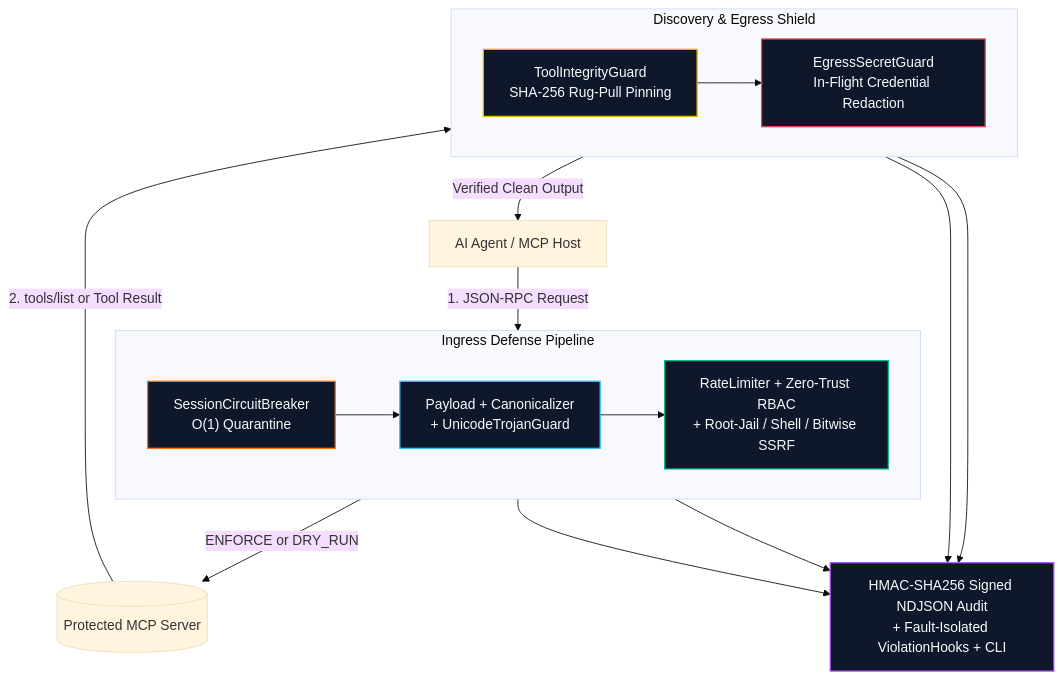
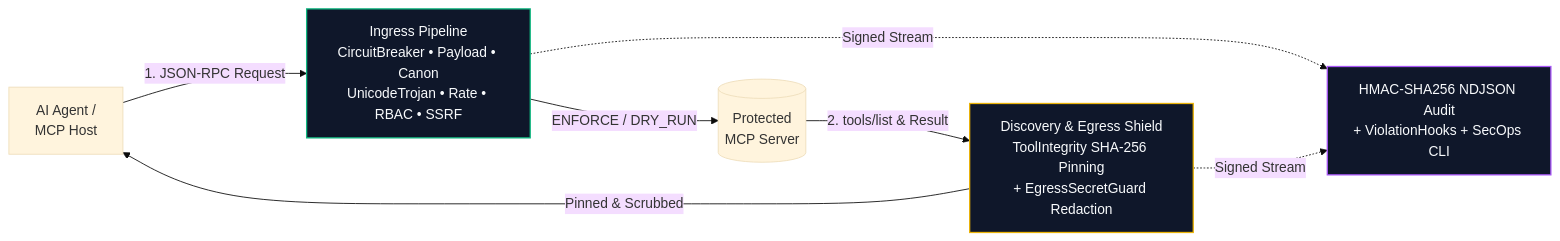
One commit to yoshikinga/mcp-warden changed the diagram in README.md. Above: the diagram before and after it, drawn with Mermaid (base theme). The commit also changed other lines of this file, not shown here.

Commit message:
docs(readme): compact Mermaid architecture diagram and fix clone syntax
Switch the v1.1.0 full-duplex architecture diagram to a compact horizontal flowchart layout for single-screen legibility and clean up the git clone quickstart command.

````diff
--- a/README.md
+++ b/README.md
@@ -61,28 +61,13 @@
 ```mermaid
-flowchart TB
-    Agent["AI Agent / MCP Host"] -->|"1. JSON-RPC Request"| CB
+flowchart LR
+    Agent["AI Agent /<br/>MCP Host"] -->|"1. JSON-RPC Request"| Ingress["Ingress Pipeline<br/>CircuitBreaker • Payload • Canon<br/>UnicodeTrojan • Rate • RBAC • SSRF"]
+    Ingress -->|"ENFORCE / DRY_RUN"| Server[("Protected<br/>MCP Server")]
+    Server -->|"2. tools/list & Result"| Egress["Discovery & Egress Shield<br/>ToolIntegrity SHA-256 Pinning<br/>+ EgressSecretGuard Redaction"]
+    Egress -->|"Pinned & Scrubbed"| Agent
+    Ingress & Egress -.->|"Signed Stream"| Audit["HMAC-SHA256 NDJSON Audit<br/>+ ViolationHooks + SecOps CLI"]
 
-    subgraph Ingress["Ingress Defense Pipeline"]
-        direction LR
-        CB["SessionCircuitBreaker<br/>O(1) Quarantine"] --> UGuard["Payload + Canonicalizer<br/>+ UnicodeTrojanGuard"]
-        UGuard --> Core["RateLimiter + Zero-Trust RBAC<br/>+ Root-Jail / Shell / Bitwise SSRF"]
-    end
+    style Ingress fill:#0f172a,stroke:#10b981,stroke-width:1.5px,color:#f8fafc
+    style Egress fill:#0f172a,stroke:#eab308,stroke-width:1.5px,color:#f8fafc
+    style Audit fill:#0f172a,stroke:#a855f7,stroke-width:1.5px,color:#f8fafc
 
-    Core -->|"ENFORCE or DRY_RUN"| Server[("Protected MCP Server")]
-    Server -->|"2. tools/list or Tool Result"| PinGuard
-
-    subgraph Egress["Discovery & Egress Shield"]
-        direction LR
-        PinGuard["ToolIntegrityGuard<br/>SHA-256 Rug-Pull Pinning"] --> EGuard["EgressSecretGuard<br/>In-Flight Credential Redaction"]
-    end
-
-    EGuard -->|"Verified Clean Output"| Agent
-    CB & Core & PinGuard & EGuard --> Audit["HMAC-SHA256 Signed NDJSON Audit<br/>+ Fault-Isolated ViolationHooks + CLI"]
-
-    style CB fill:#0f172a,stroke:#f97316,stroke-width:1.5px,color:#f8fafc
-    style UGuard fill:#0f172a,stroke:#38bdf8,stroke-width:1.5px,color:#f8fafc
-    style Core fill:#0f172a,stroke:#10b981,stroke-width:1.5px,color:#f8fafc
-    style PinGuard fill:#0f172a,stroke:#eab308,stroke-width:1.5px,color:#f8fafc
-    style EGuard fill:#0f172a,stroke:#ef4444,stroke-width:1.5px,color:#f8fafc
-    style Audit fill:#0f172a,stroke:#a855f7,stroke-width:1.5px,color:#f8fafc
 ```
````
